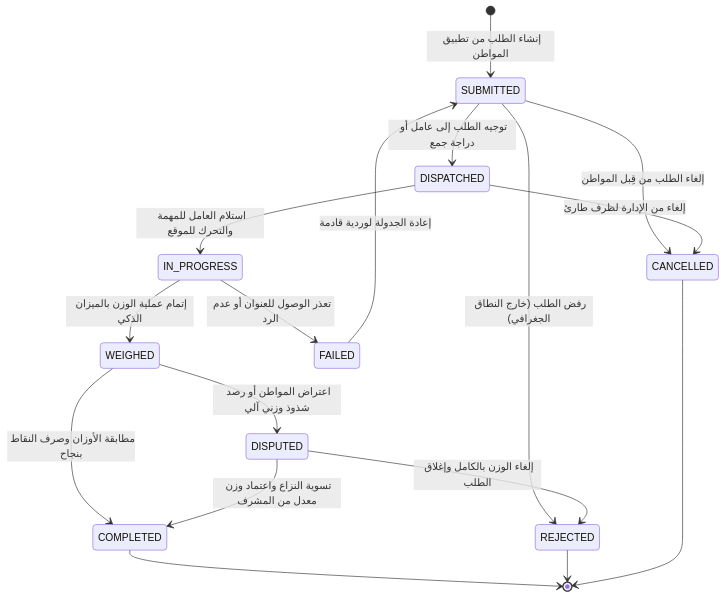
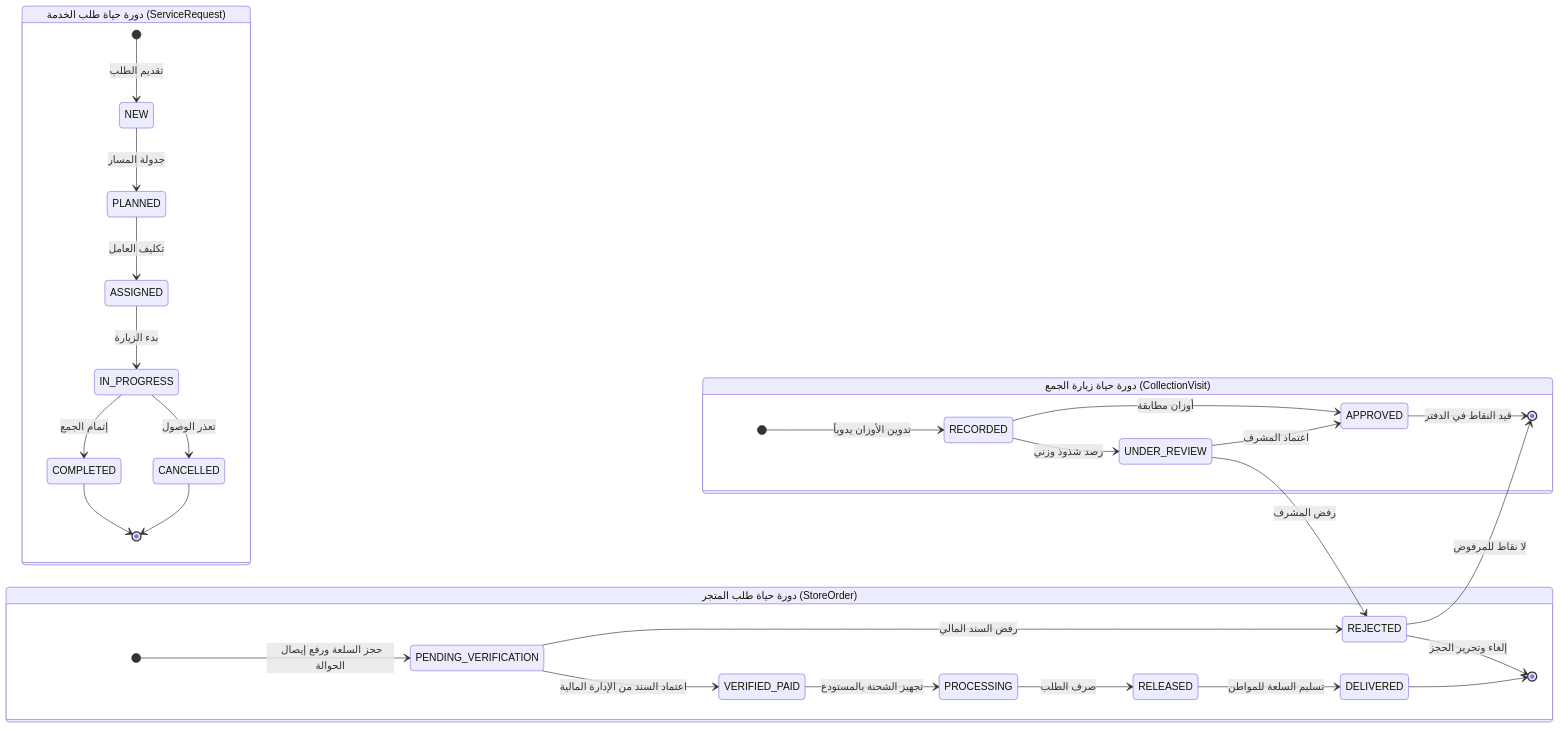
One commit to A-S-Y/Athar changed the fourth of 5 diagrams in README.md. Above: the diagram before and after it, drawn with Mermaid. The commit also changed other lines of this file and 21 other files, not shown here.

Commit message:
refactor: align full architecture, diagrams, and docs strictly with canonical operational blueprint

````diff
--- a/README.md
+++ b/README.md
@@ -284,26 +203,36 @@
 ```mermaid
 stateDiagram-v2
-    [*] --> SUBMITTED: إنشاء الطلب من تطبيق المواطن
-    
-    SUBMITTED --> DISPATCHED: توجيه الطلب إلى عامل أو دراجة جمع
-    SUBMITTED --> REJECTED: رفض الطلب (خارج النطاق الجغرافي)
-    SUBMITTED --> CANCELLED: إلغاء الطلب من قِبل المواطن
-    
-    DISPATCHED --> IN_PROGRESS: استلام العامل للمهمة والتحرك للموقع
-    DISPATCHED --> CANCELLED: إلغاء من الإدارة لظرف طارئ
-    
-    IN_PROGRESS --> WEIGHED: إتمام عملية الوزن بالميزان الذكي
-    IN_PROGRESS --> FAILED: تعذر الوصول للعنوان أو عدم الرد
-    
-    WEIGHED --> COMPLETED: مطابقة الأوزان وصرف النقاط بنجاح
-    WEIGHED --> DISPUTED: اعتراض المواطن أو رصد شذوذ وزني آلي
-    
-    DISPUTED --> COMPLETED: تسوية النزاع واعتماد وزن معدل من المشرف
-    DISPUTED --> REJECTED: إلغاء الوزن بالكامل وإغلاق الطلب
-    
-    FAILED --> SUBMITTED: إعادة الجدولة لوردية قادمة
-    
-    COMPLETED --> [*]
-    REJECTED --> [*]
-    CANCELLED --> [*]
+    direction LR
+
+    state "دورة حياة طلب الخدمة (ServiceRequest)" as SR {
+        [*] --> NEW: تقديم الطلب
+        NEW --> PLANNED: جدولة المسار
+        PLANNED --> ASSIGNED: تكليف العامل
+        ASSIGNED --> IN_PROGRESS: بدء الزيارة
+        IN_PROGRESS --> COMPLETED: إتمام الجمع
+        IN_PROGRESS --> CANCELLED: تعذر الوصول
+        COMPLETED --> [*]
+        CANCELLED --> [*]
+    }
+
+    state "دورة حياة زيارة الجمع (CollectionVisit)" as CV {
+        [*] --> RECORDED: تدوين الأوزان يدوياً
+        RECORDED --> APPROVED: أوزان مطابقة
+        RECORDED --> UNDER_REVIEW: رصد شذوذ وزني
+        UNDER_REVIEW --> APPROVED: اعتماد المشرف
+        UNDER_REVIEW --> REJECTED: رفض المشرف
+        APPROVED --> [*]: قيد النقاط في الدفتر
+        REJECTED --> [*]: لا نقاط للمرفوض
+    }
+
+    state "دورة حياة طلب المتجر (StoreOrder)" as SO {
+        [*] --> PENDING_VERIFICATION: حجز السلعة ورفع إيصال الحوالة
+        PENDING_VERIFICATION --> VERIFIED_PAID: اعتماد السند من الإدارة المالية
+        PENDING_VERIFICATION --> REJECTED: رفض السند المالي
+        VERIFIED_PAID --> PROCESSING: تجهيز الشحنة بالمستودع
+        PROCESSING --> RELEASED: صرف الطلب
+        RELEASED --> DELIVERED: تسليم السلعة للمواطن
+        REJECTED --> [*]: إلغاء وتحرير الحجز
+        DELIVERED --> [*]
+    }
 ```
````
